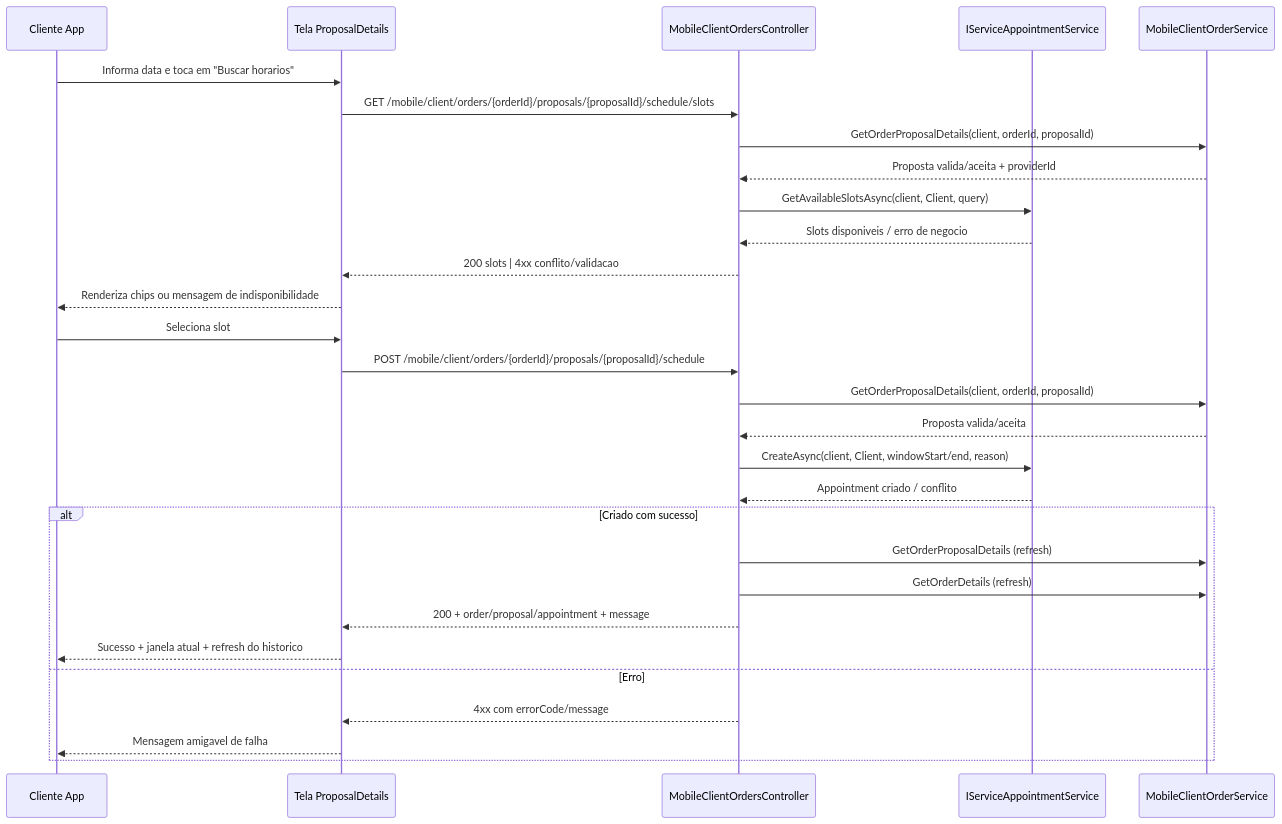
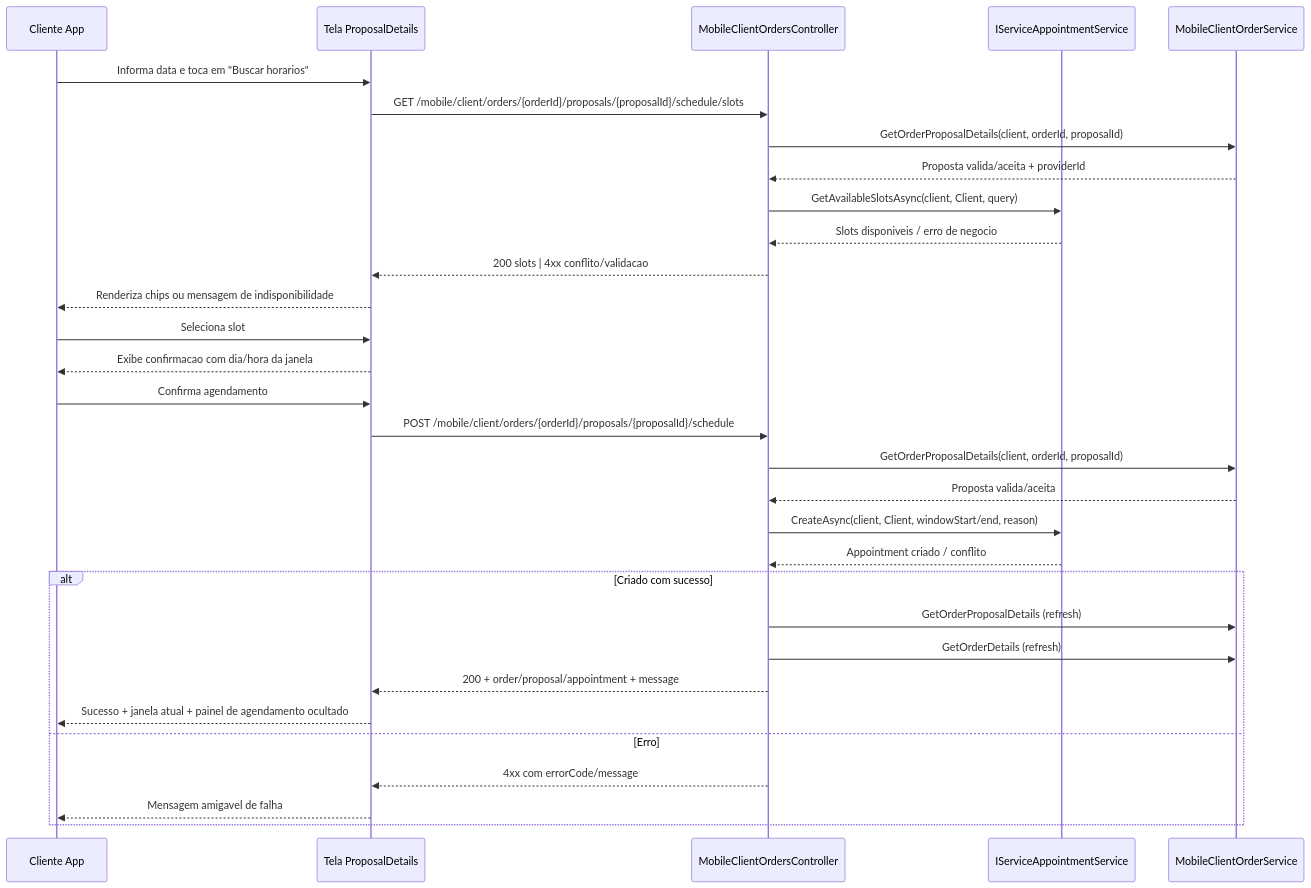
The diagram in Documentacao/DIAGRAMAS/CONSUMER_APP_WEB/APP-012-agendamento-proposta-mobile/sequencia-agendamento-proposta-mobile.mmd (leonardomendes201704/ConsertaPraMim), drawn with Mermaid before and after one commit. The commit also changed 9 other files, not shown here.

```diff
--- a/Documentacao/DIAGRAMAS/CONSUMER_APP_WEB/APP-012-agendamento-proposta-mobile/sequencia-agendamento-proposta-mobile.mmd
+++ b/Documentacao/DIAGRAMAS/CONSUMER_APP_WEB/APP-012-agendamento-proposta-mobile/sequencia-agendamento-proposta-mobile.mmd
@@ -1,32 +1,34 @@
 sequenceDiagram
     participant Cliente as Cliente App
     participant App as Tela ProposalDetails
     participant API as MobileClientOrdersController
     participant Agenda as IServiceAppointmentService
     participant Pedido as MobileClientOrderService
 
     Cliente->>App: Informa data e toca em "Buscar horarios"
     App->>API: GET /mobile/client/orders/{orderId}/proposals/{proposalId}/schedule/slots
     API->>Pedido: GetOrderProposalDetails(client, orderId, proposalId)
     Pedido-->>API: Proposta valida/aceita + providerId
     API->>Agenda: GetAvailableSlotsAsync(client, Client, query)
     Agenda-->>API: Slots disponiveis / erro de negocio
     API-->>App: 200 slots | 4xx conflito/validacao
     App-->>Cliente: Renderiza chips ou mensagem de indisponibilidade
 
     Cliente->>App: Seleciona slot
+    App-->>Cliente: Exibe confirmacao com dia/hora da janela
+    Cliente->>App: Confirma agendamento
     App->>API: POST /mobile/client/orders/{orderId}/proposals/{proposalId}/schedule
     API->>Pedido: GetOrderProposalDetails(client, orderId, proposalId)
     Pedido-->>API: Proposta valida/aceita
     API->>Agenda: CreateAsync(client, Client, windowStart/end, reason)
     Agenda-->>API: Appointment criado / conflito
 
     alt Criado com sucesso
         API->>Pedido: GetOrderProposalDetails (refresh)
         API->>Pedido: GetOrderDetails (refresh)
         API-->>App: 200 + order/proposal/appointment + message
-        App-->>Cliente: Sucesso + janela atual + refresh do historico
+        App-->>Cliente: Sucesso + janela atual + painel de agendamento ocultado
     else Erro
         API-->>App: 4xx com errorCode/message
         App-->>Cliente: Mensagem amigavel de falha
     end
```
